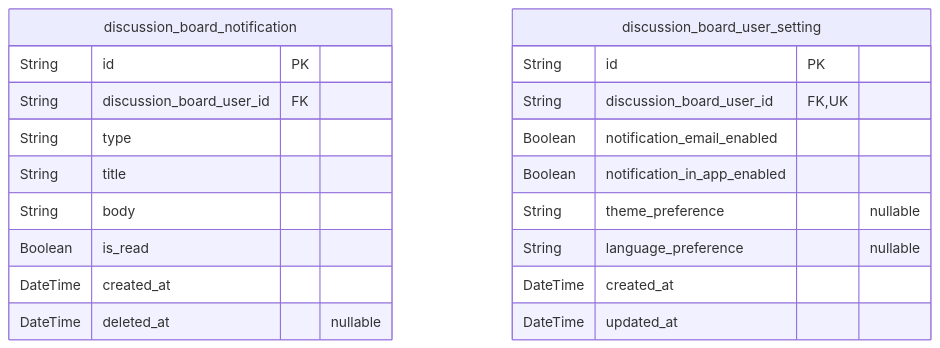
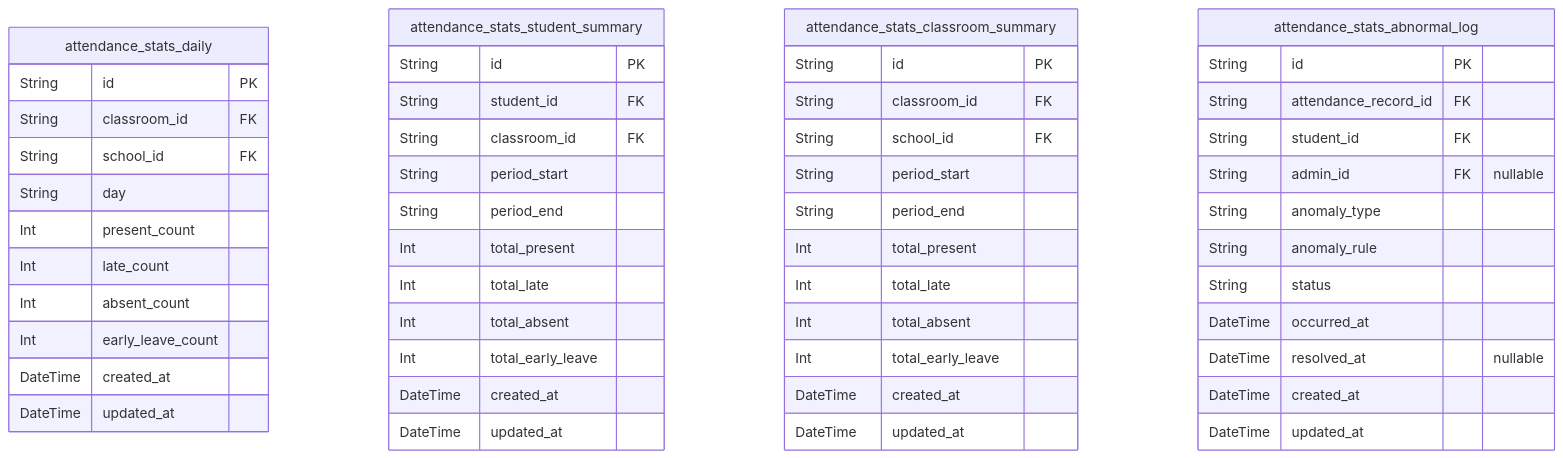
Before and after one commit to wrtnlabs/autobe-example-bbs-openai-gpt-4.1: the fifth of 6 diagrams in docs/ERD.md, drawn with Mermaid. The commit also changed other lines of this file and 577 other files, not shown here.

````diff
--- a/docs/ERD.md
+++ b/docs/ERD.md
@@ -633,23 +524,54 @@
 ```mermaid
 erDiagram
-"discussion_board_notification" {
+"attendance_stats_daily" {
   String id PK
-  String discussion_board_user_id FK
-  String type
-  String title
-  String body
-  Boolean is_read
+  String classroom_id FK
+  String school_id FK
+  String day
+  Int present_count
+  Int late_count
+  Int absent_count
+  Int early_leave_count
   DateTime created_at
-  DateTime deleted_at "nullable"
+  DateTime updated_at
 }
-"discussion_board_user_setting" {
+"attendance_stats_student_summary" {
   String id PK
-  String discussion_board_user_id FK,UK
-  Boolean notification_email_enabled
-  Boolean notification_in_app_enabled
-  String theme_preference "nullable"
-  String language_preference "nullable"
+  String student_id FK
+  String classroom_id FK
+  String period_start
+  String period_end
+  Int total_present
+  Int total_late
+  Int total_absent
+  Int total_early_leave
+  DateTime created_at
+  DateTime updated_at
+}
+"attendance_stats_classroom_summary" {
+  String id PK
+  String classroom_id FK
+  String school_id FK
+  String period_start
+  String period_end
+  Int total_present
+  Int total_late
+  Int total_absent
+  Int total_early_leave
+  DateTime created_at
+  DateTime updated_at
+}
+"attendance_stats_abnormal_log" {
+  String id PK
+  String attendance_record_id FK
+  String student_id FK
+  String admin_id FK "nullable"
+  String anomaly_type
+  String anomaly_rule
+  String status
+  DateTime occurred_at
+  DateTime resolved_at "nullable"
   DateTime created_at
   DateTime updated_at
 }
 ```
````
